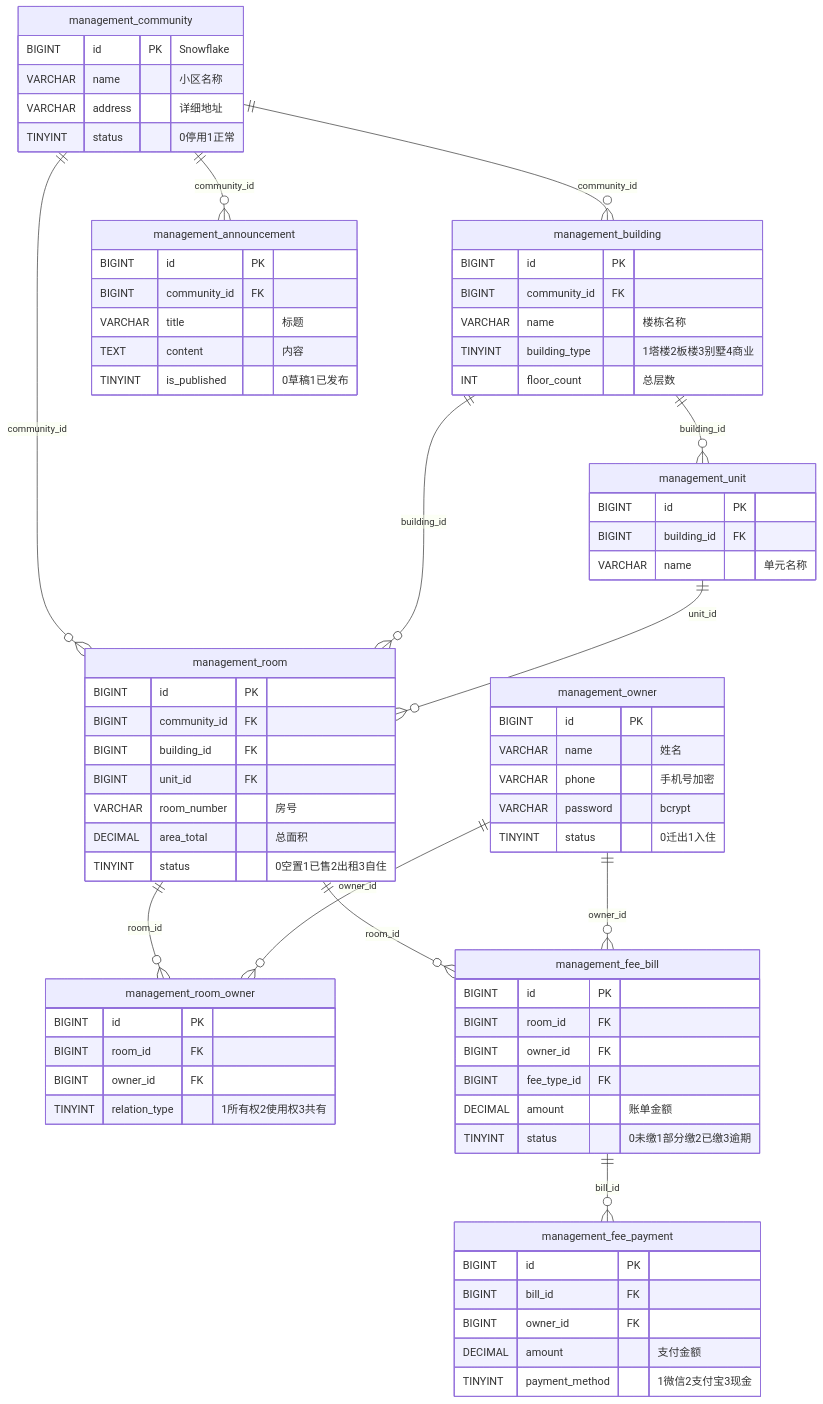
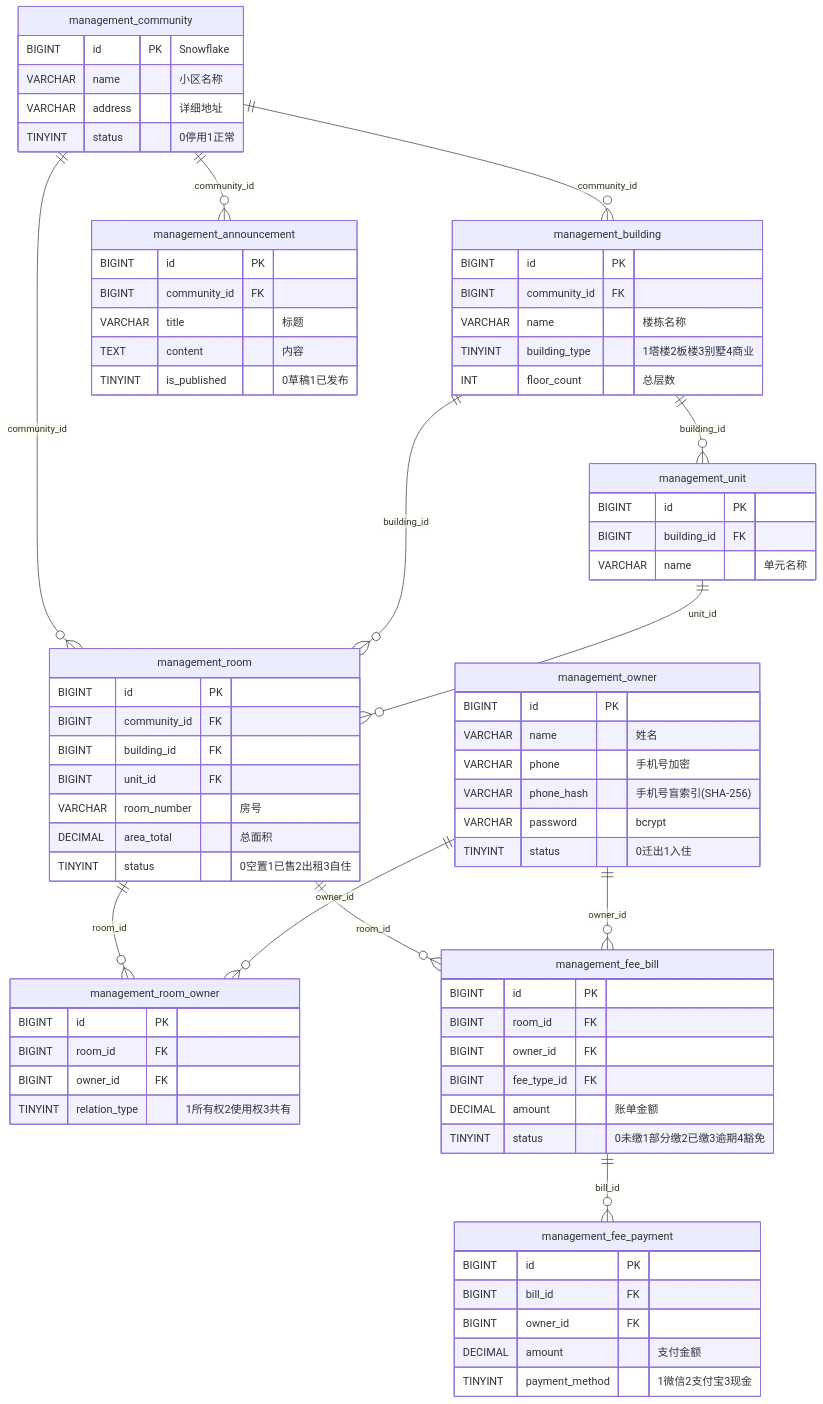
The eighth of 10 diagrams in docs/i18n/en/docs/ARCHITECTURE.md (erikwang2013/property-management-platform), drawn with Mermaid before and after one commit. The commit also changed other lines of this file and 131 other files, not shown here.

```diff
--- a/docs/i18n/en/docs/ARCHITECTURE.md
+++ b/docs/i18n/en/docs/ARCHITECTURE.md
@@ -299,6 +299,7 @@
         BIGINT id PK
         VARCHAR name "姓名"
         VARCHAR phone "手机号加密"
+        VARCHAR phone_hash "手机号盲索引(SHA-256)"
         VARCHAR password "bcrypt"
         TINYINT status "0迁出1入住"
     }
@@ -316,7 +317,7 @@
         BIGINT owner_id FK
         BIGINT fee_type_id FK
         DECIMAL amount "账单金额"
-        TINYINT status "0未缴1部分缴2已缴3逾期"
+        TINYINT status "0未缴1部分缴2已缴3逾期4豁免"
     }
 
     management_fee_payment {
```
